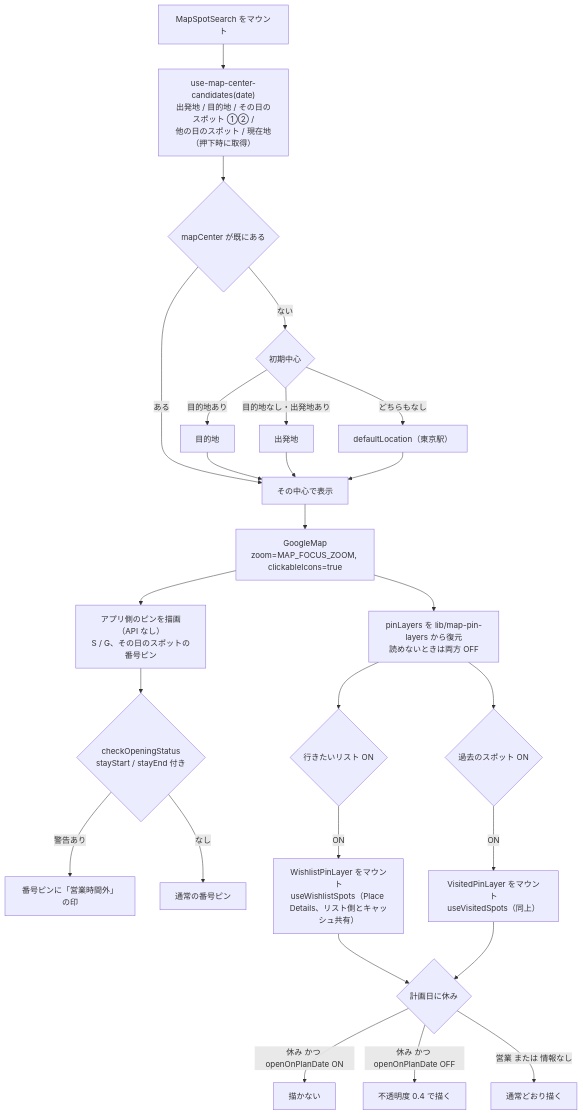
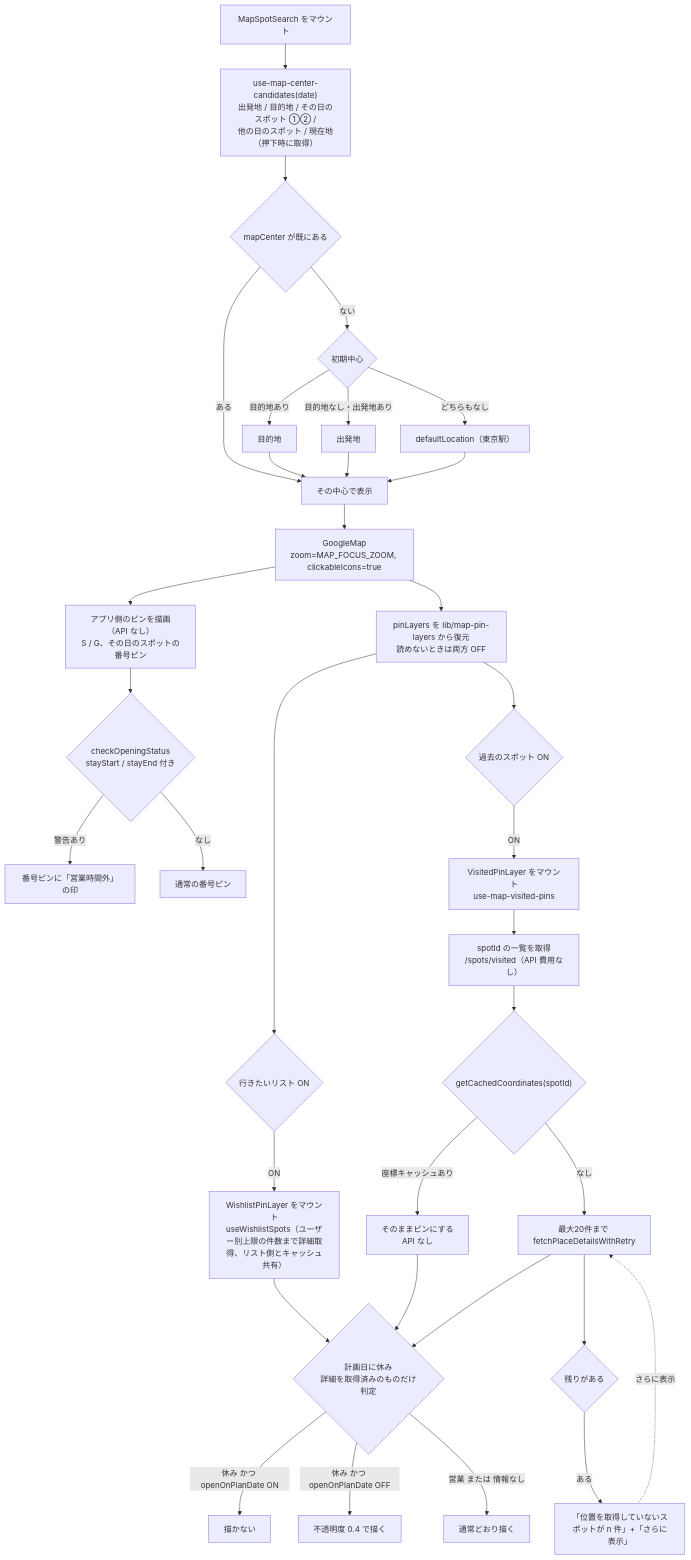
Before and after one commit to ju-ki/moptabi: the second of 7 diagrams in docs/tasks/No.341/No.341_処理フロー.md, drawn with Mermaid. The commit also changed other lines of this file and 3 other files, not shown here.

````diff
--- a/docs/tasks/No.341/No.341_処理フロー.md
+++ b/docs/tasks/No.341/No.341_処理フロー.md
@@ -27,28 +27,36 @@
 ```mermaid
 flowchart TD
   A["MapSpotSearch をマウント"] --> B["use-map-center-candidates(date)<br/>出発地 / 目的地 / その日のスポット ①② /<br/>他の日のスポット / 現在地（押下時に取得）"]
   B --> C{"mapCenter が既にある"}
   C -->|"ある"| E["その中心で表示"]
   C -->|"ない"| D{"初期中心"}
   D -->|"目的地あり"| D1["目的地"]
   D -->|"目的地なし・出発地あり"| D2["出発地"]
   D -->|"どちらもなし"| D3["defaultLocation（東京駅）"]
   D1 --> E
   D2 --> E
   D3 --> E
   E --> F["GoogleMap<br/>zoom=MAP_FOCUS_ZOOM, clickableIcons=true"]
   F --> G["アプリ側のピンを描画（API なし）<br/>S / G、その日のスポットの番号ピン"]
   G --> H{"checkOpeningStatus<br/>stayStart / stayEnd 付き"}
   H -->|"警告あり"| H1["番号ピンに「営業時間外」の印"]
   H -->|"なし"| H2["通常の番号ピン"]
   F --> I["pinLayers を lib/map-pin-layers から復元<br/>読めないときは両方 OFF"]
   I --> J{"行きたいリスト ON"}
-  J -->|"ON"| J1["WishlistPinLayer をマウント<br/>useWishlistSpots（Place Details、リスト側とキャッシュ共有）"]
+  J -->|"ON"| J1["WishlistPinLayer をマウント<br/>useWishlistSpots（ユーザー別上限の件数まで詳細取得、リスト側とキャッシュ共有）"]
   I --> K{"過去のスポット ON"}
-  K -->|"ON"| K1["VisitedPinLayer をマウント<br/>useVisitedSpots（同上）"]
-  J1 --> L{"計画日に休み"}
-  K1 --> L
+  K -->|"ON"| K1["VisitedPinLayer をマウント<br/>use-map-visited-pins"]
+  K1 --> M["spotId の一覧を取得<br/>/spots/visited（API 費用なし）"]
+  M --> N{"getCachedCoordinates(spotId)"}
+  N -->|"座標キャッシュあり"| N1["そのままピンにする<br/>API なし"]
+  N -->|"なし"| N2["最大20件まで fetchPlaceDetailsWithRetry"]
+  N2 --> N3{"残りがある"}
+  N3 -->|"ある"| N4["「位置を取得していないスポットが n 件」+「さらに表示」"]
+  N4 -. "さらに表示" .-> N2
+  J1 --> L{"計画日に休み<br/>詳細を取得済みのものだけ判定"}
+  N1 --> L
+  N2 --> L
   L -->|"休み かつ openOnPlanDate ON"| L1["描かない"]
   L -->|"休み かつ openOnPlanDate OFF"| L2["不透明度 0.4 で描く"]
   L -->|"営業 または 情報なし"| L3["通常どおり描く"]
 ```
````
